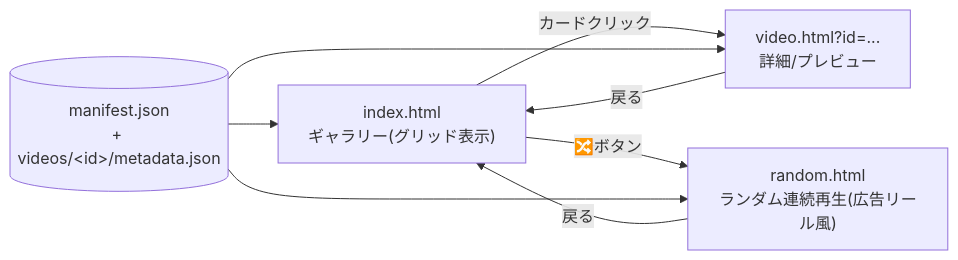
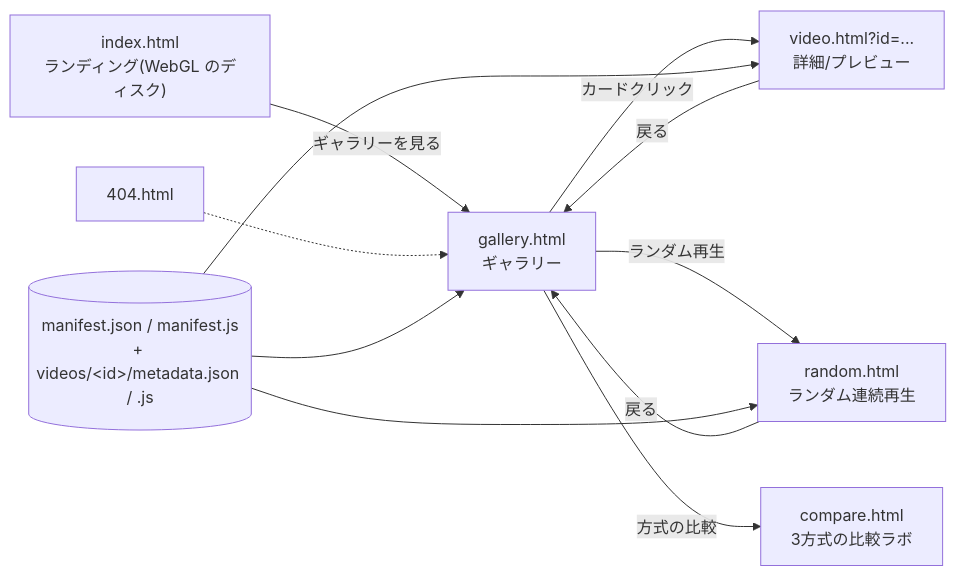
The eighth of 17 diagrams in docs/technical-reference.md (manato1201/RAGReel), drawn with Mermaid before and after one commit. The commit also changed other lines of this file and 30 other files, not shown here.

First line of the commit message:
Add architecture diagrams and a lecture-style learning course, fix local compare link and first-run manifest

````diff
--- a/docs/technical-reference.md
+++ b/docs/technical-reference.md
@@ -406,11 +421,14 @@
 ```mermaid
 flowchart LR
-    IDX["index.html<br/>ギャラリー(グリッド表示)"] -->|カードクリック| DET["video.html?id=...<br/>詳細/プレビュー"]
-    IDX -->|🔀ボタン| RND["random.html<br/>ランダム連続再生(広告リール風)"]
-    DET -->|戻る| IDX
-    RND -->|戻る| IDX
+    LAND["index.html<br/>ランディング(WebGL のディスク)"] -->|ギャラリーを見る| GAL["gallery.html<br/>ギャラリー"]
+    GAL -->|カードクリック| DET["video.html?id=...<br/>詳細/プレビュー"]
+    GAL -->|ランダム再生| RND["random.html<br/>ランダム連続再生"]
+    GAL -->|方式の比較| CMP["compare.html<br/>3方式の比較ラボ"]
+    DET -->|戻る| GAL
+    RND -->|戻る| GAL
+    NF["404.html"] -.-> GAL
 
-    MANIFEST[("manifest.json<br/>+ videos/&lt;id&gt;/metadata.json")] --> IDX
+    MANIFEST[("manifest.json / manifest.js<br/>+ videos/&lt;id&gt;/metadata.json / .js")] --> GAL
     MANIFEST --> DET
     MANIFEST --> RND
 ```
````
